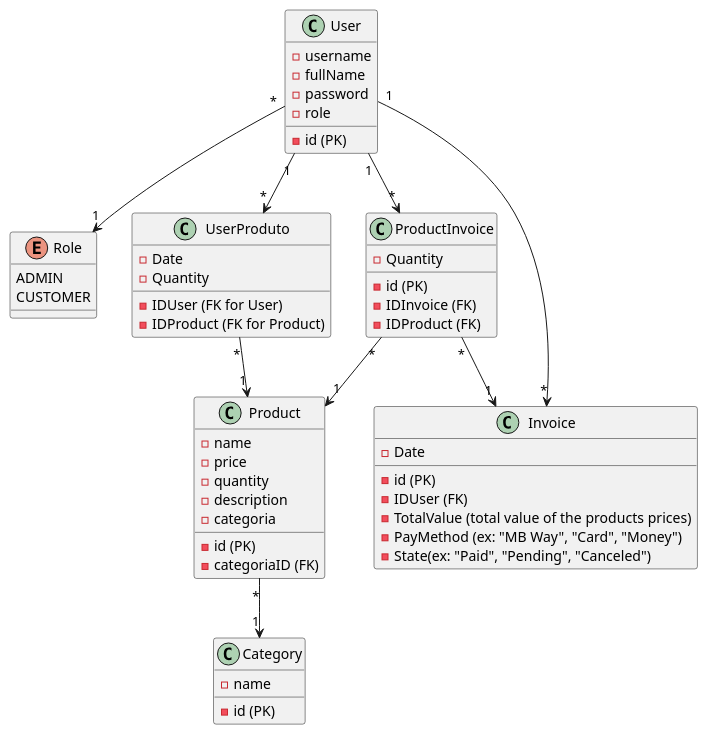
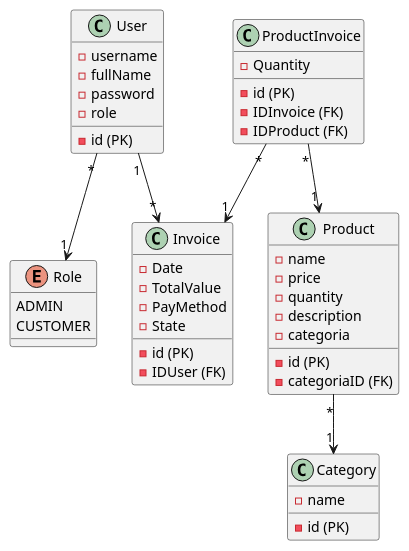
The diagram in produtoisapi/produtoisapi/Docs/DM.puml (RuiCost/SpringBootProductsAPI_Train), drawn with PlantUML before and after one commit. The commit also changed 72 other files, not shown here.

```diff
--- a/produtoisapi/produtoisapi/Docs/DM.puml
+++ b/produtoisapi/produtoisapi/Docs/DM.puml
@@ -1,75 +1,66 @@
 @startuml
 class User{
     -id (PK)
     -username
     -fullName
     -password
     -role
 }
 
 enum Role {
     ADMIN
     CUSTOMER
 
 }
-class UserProduto{
 
-   - IDUser (FK for User)
-   - IDProduct (FK for Product)
-   - Date
-   - Quantity
-
-}
 
 
 class Product {
    -id (PK)
    -categoriaID (FK)
    -name
    -price
    -quantity
    -description
    -categoria
 }
 
 
 
 
 class Category {
     - id (PK)
     - name
 }
 
 class Invoice {
   - id (PK)
   - IDUser (FK)
   - Date
-  - TotalValue (total value of the products prices)
-  - PayMethod (ex: "MB Way", "Card", "Money")
-  - State(ex: "Paid", "Pending", "Canceled")
+  - TotalValue
+  - PayMethod
+  - State
 
 }
 
 class ProductInvoice {
  - id (PK)
  - IDInvoice (FK)
  - IDProduct (FK)
  - Quantity
 
 }
 
 
 User "*" --> "1" Role
 User "1" --> "*" Invoice
-User "1" --> "*" UserProduto
-User "1" --> "*" ProductInvoice
 
-UserProduto "*" --> "1" Product
+
 
 Product "*" --> "1" Category
 
 
 
 ProductInvoice "*" --> "1" Product
 ProductInvoice "*" --> "1" Invoice
 @enduml
```
